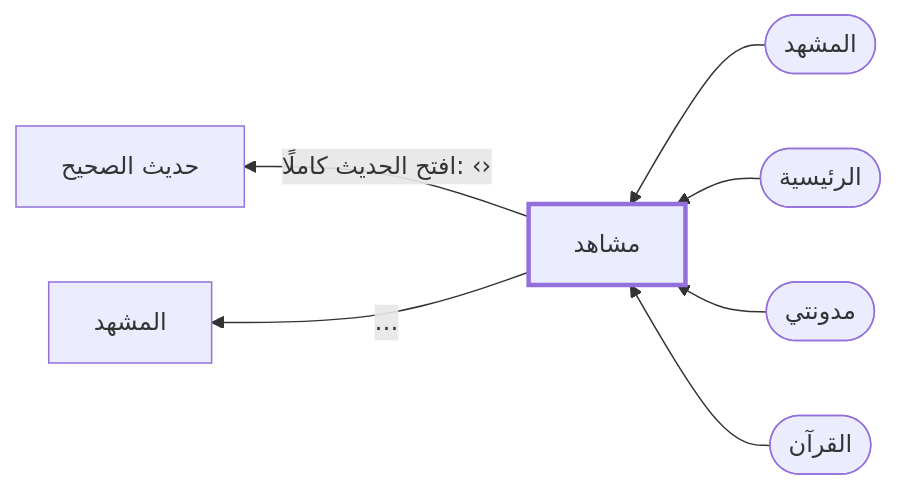
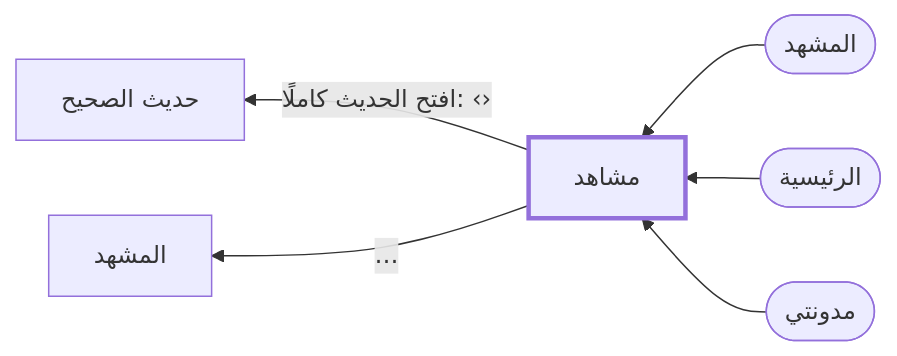
One commit to msskzx/namaq changed the diagram in docs/feature-map/lataif.md. Above: the diagram before and after it, drawn with Mermaid. The commit also changed other lines of this file and 21 other files, not shown here.

````diff
--- a/docs/feature-map/lataif.md
+++ b/docs/feature-map/lataif.md
@@ -5,11 +5,10 @@
 ```mermaid
 flowchart RL
   me["مشاهد"]
   style me stroke-width:3px
   in0(["المشهد"]) --> me
   in1(["الرئيسية"]) --> me
   in2(["مدونتي"]) --> me
-  in3(["القرآن"]) --> me
   me -- "افتح الحديث كاملًا: ‹›" --> out0["حديث الصحيح"]
   me -- "…" --> out1["المشهد"]
 ```
````
